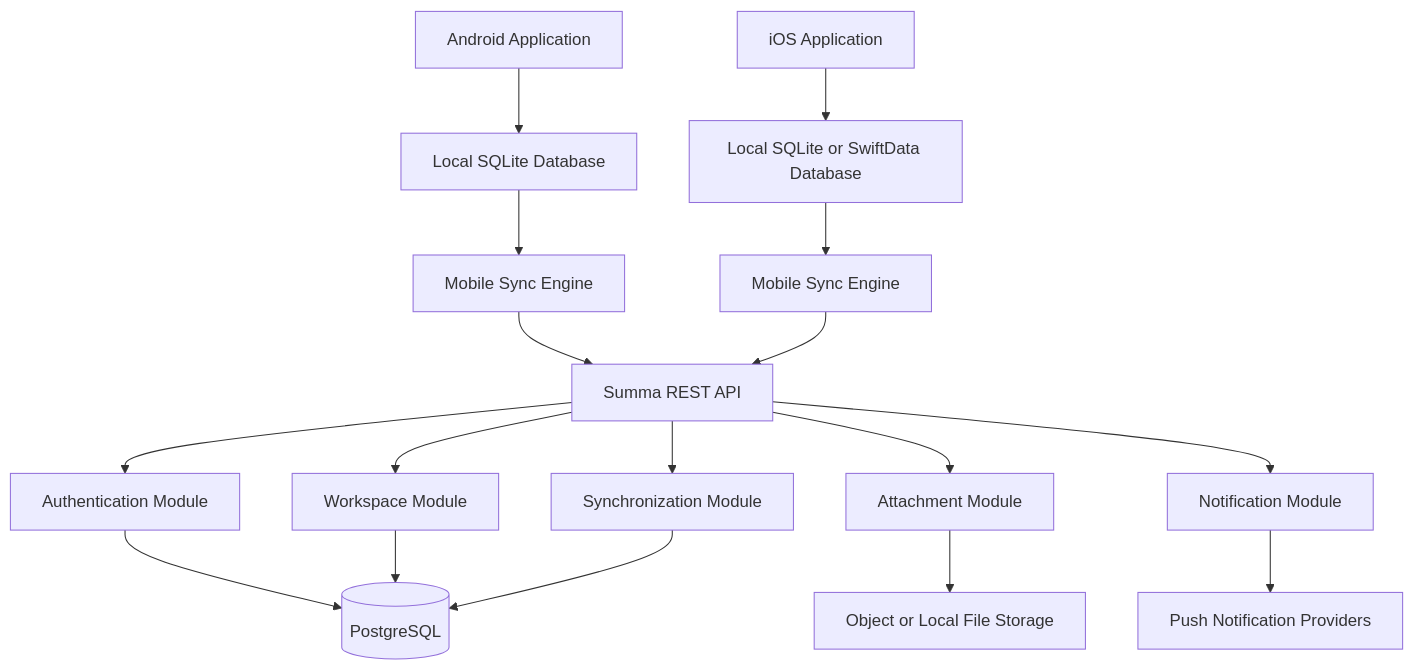
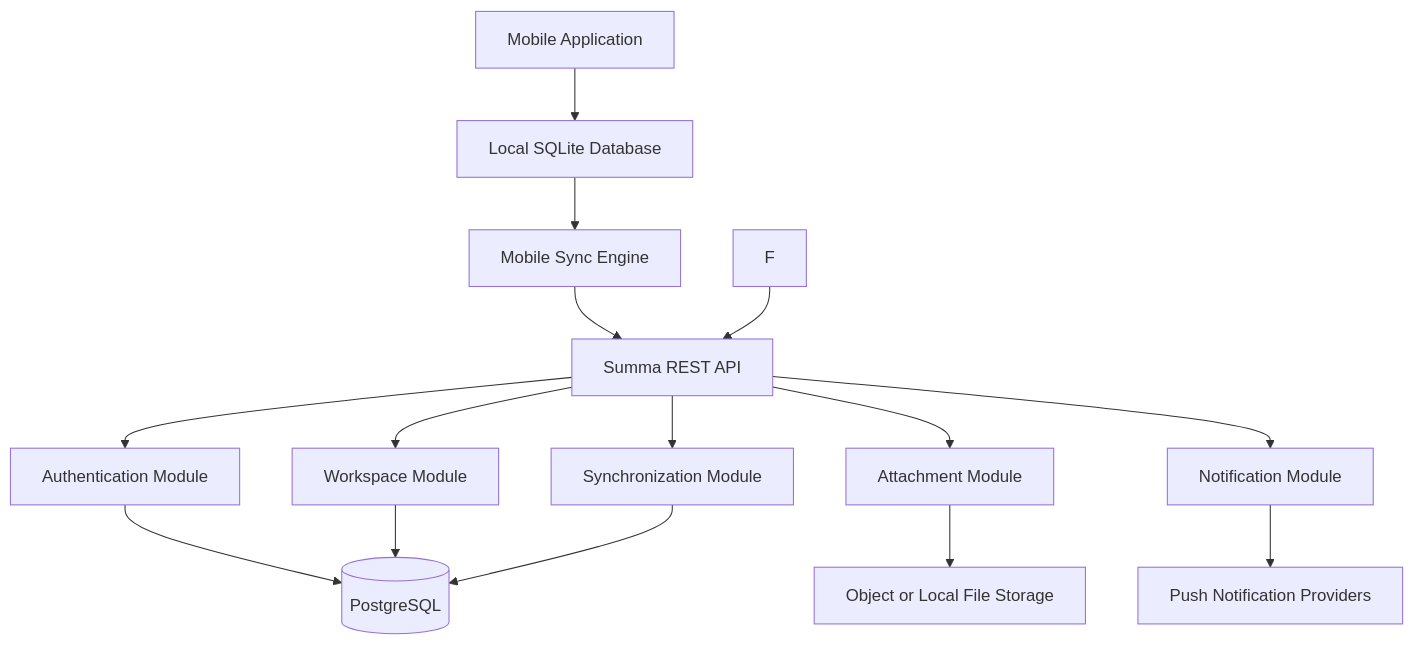
The first of 8 diagrams in docs/phase-0/04_BACKEND_ARCHITECTURE.md (Project-Summa/summa-docs), drawn with Mermaid before and after one commit. The commit also changed other lines of this file and 17 other files, not shown here.

First line of the commit message:
docs: migrate mobile strategy from native Kotlin/Swift to Flutter

````diff
--- a/docs/phase-0/04_BACKEND_ARCHITECTURE.md
+++ b/docs/phase-0/04_BACKEND_ARCHITECTURE.md
@@ -139,23 +139,21 @@
 ```mermaid
 flowchart TD
-    A[Android Application] --> B[Local SQLite Database]
-    C[iOS Application] --> D[Local SQLite or SwiftData Database]
+    A[Mobile Application] --> B[Local SQLite Database]
 
     B --> E[Mobile Sync Engine]
-    D --> F[Mobile Sync Engine]
 
     E --> G[Summa REST API]
     F --> G
 
     G --> H[Authentication Module]
     G --> I[Workspace Module]
     G --> J[Synchronization Module]
     G --> K[Attachment Module]
     G --> L[Notification Module]
 
     H --> M[(PostgreSQL)]
     I --> M
     J --> M
     K --> N[Object or Local File Storage]
     L --> O[Push Notification Providers]
 ```
````
